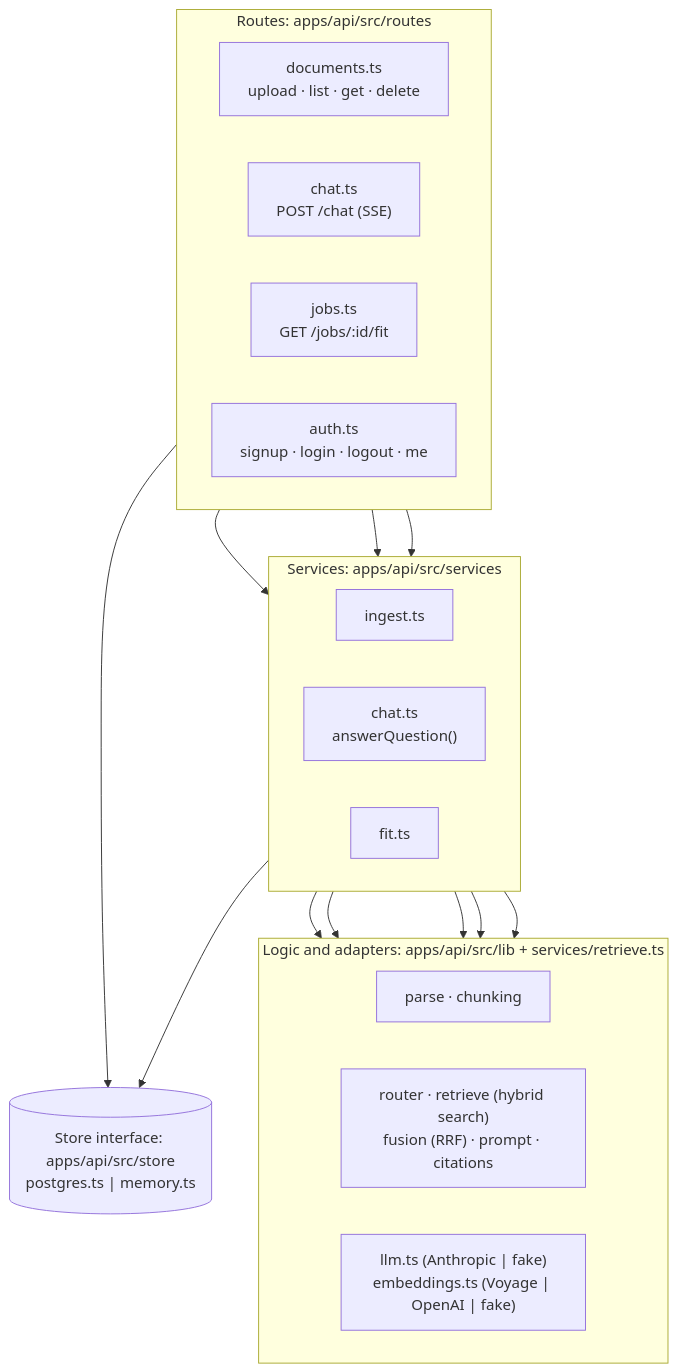
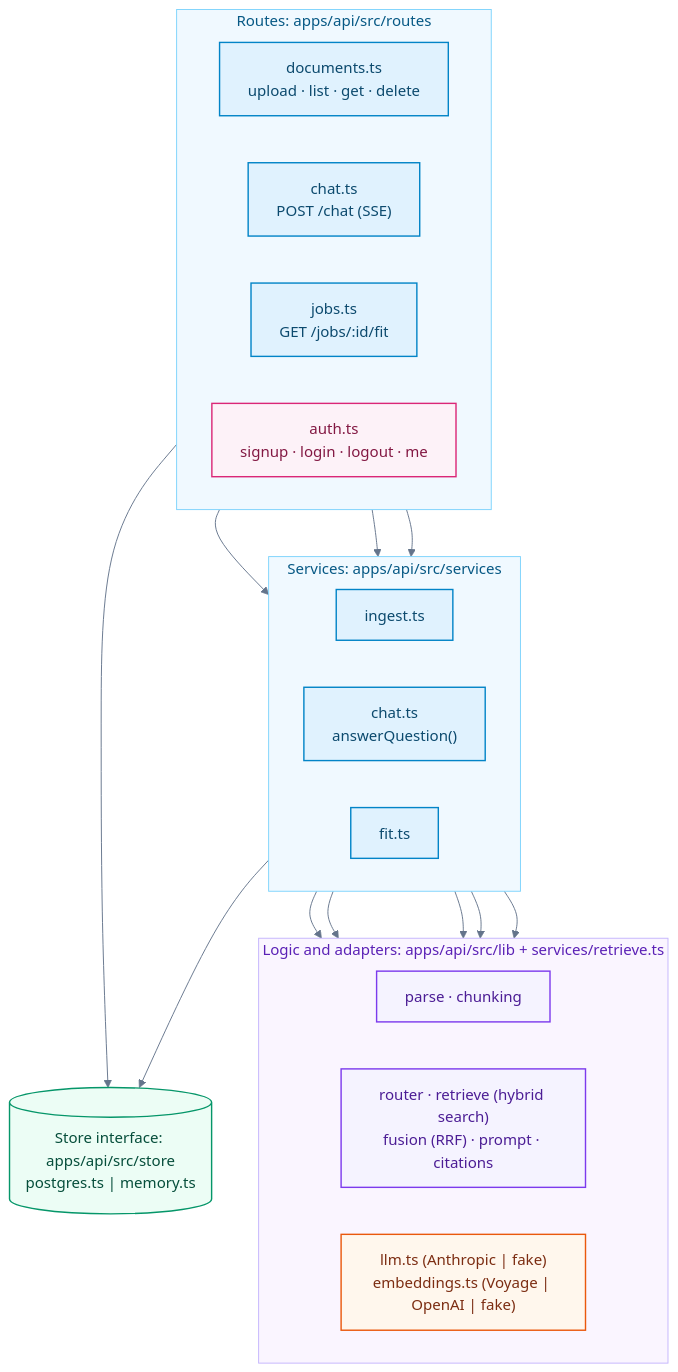
The second of 9 diagrams in docs/architecture.md (mrussum/practice-intel), drawn with Mermaid before and after one commit. The commit also changed other lines of this file, not shown here.

First line of the commit message:
docs: colour-code the architecture diagrams

````diff
--- a/docs/architecture.md
+++ b/docs/architecture.md
@@ -52,37 +77,50 @@
 ```mermaid
+%%{init: {"theme":"base","themeVariables":{"primaryColor":"#E0F2FE","primaryBorderColor":"#0284C7","primaryTextColor":"#0F172A","lineColor":"#64748B","clusterBkg":"#F8FAFC","clusterBorder":"#CBD5E1","edgeLabelBackground":"#FFFFFF","titleColor":"#334155"}}}%%
 flowchart TB
   subgraph routes["Routes: apps/api/src/routes"]
     direction LR
-    r_docs["documents.ts<br/>upload · list · get · delete"]
-    r_chat["chat.ts<br/>POST /chat (SSE)"]
-    r_jobs["jobs.ts<br/>GET /jobs/:id/fit"]
-    r_auth["auth.ts<br/>signup · login · logout · me"]
+    r_docs["documents.ts<br/>upload · list · get · delete"]:::app
+    r_chat["chat.ts<br/>POST /chat (SSE)"]:::app
+    r_jobs["jobs.ts<br/>GET /jobs/:id/fit"]:::app
+    r_auth["auth.ts<br/>signup · login · logout · me"]:::sec
   end
 
   subgraph services["Services: apps/api/src/services"]
     direction LR
-    s_ingest["ingest.ts"]
-    s_chat["chat.ts<br/>answerQuestion()"]
-    s_fit["fit.ts"]
+    s_ingest["ingest.ts"]:::app
+    s_chat["chat.ts<br/>answerQuestion()"]:::app
+    s_fit["fit.ts"]:::app
   end
 
   subgraph lib["Logic and adapters: apps/api/src/lib + services/retrieve.ts"]
     direction LR
-    l_ing["parse · chunking"]
-    l_ret["router · retrieve (hybrid search)<br/>fusion (RRF) · prompt · citations"]
-    l_ai["llm.ts (Anthropic | fake)<br/>embeddings.ts (Voyage | OpenAI | fake)"]
+    l_ing["parse · chunking"]:::logic
+    l_ret["router · retrieve (hybrid search)<br/>fusion (RRF) · prompt · citations"]:::logic
+    l_ai["llm.ts (Anthropic | fake)<br/>embeddings.ts (Voyage | OpenAI | fake)"]:::ai
   end
 
-  store[("Store interface: apps/api/src/store<br/>postgres.ts | memory.ts")]
+  store[("Store interface: apps/api/src/store<br/>postgres.ts | memory.ts")]:::data
 
   r_docs --> s_ingest
   r_chat --> s_chat
   r_jobs --> s_fit
   s_ingest --> l_ing
   s_ingest --> l_ai
   s_chat --> l_ret
   s_chat --> l_ai
   s_fit --> l_ai
   services --> store
   r_auth --> store
+
+  classDef client fill:#EEF2FF,stroke:#6366F1,color:#312E81,stroke-width:1.5px
+  classDef app fill:#E0F2FE,stroke:#0284C7,color:#0C4A6E,stroke-width:1.5px
+  classDef logic fill:#F5F3FF,stroke:#7C3AED,color:#4C1D95,stroke-width:1.5px
+  classDef data fill:#ECFDF5,stroke:#059669,color:#064E3B,stroke-width:1.5px
+  classDef ai fill:#FFF7ED,stroke:#EA580C,color:#7C2D12,stroke-width:1.5px
+  classDef sec fill:#FDF2F8,stroke:#DB2777,color:#831843,stroke-width:1.5px
+  classDef decision fill:#FEFCE8,stroke:#CA8A04,color:#713F12,stroke-width:1.5px
+  classDef ops fill:#F8FAFC,stroke:#94A3B8,color:#334155,stroke-width:1.5px,stroke-dasharray:5 3
+  style routes fill:#F0F9FF,stroke:#7DD3FC,color:#075985
+  style services fill:#F0F9FF,stroke:#7DD3FC,color:#075985
+  style lib fill:#FAF5FF,stroke:#C4B5FD,color:#5B21B6
 ```
````
